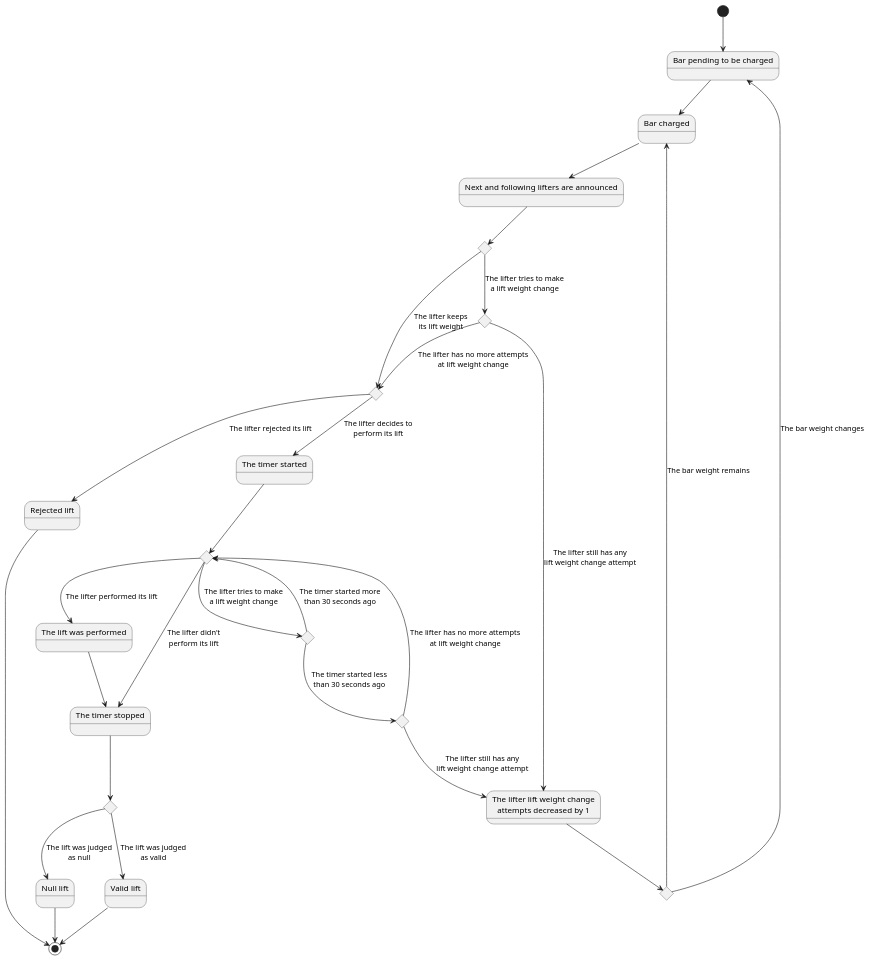
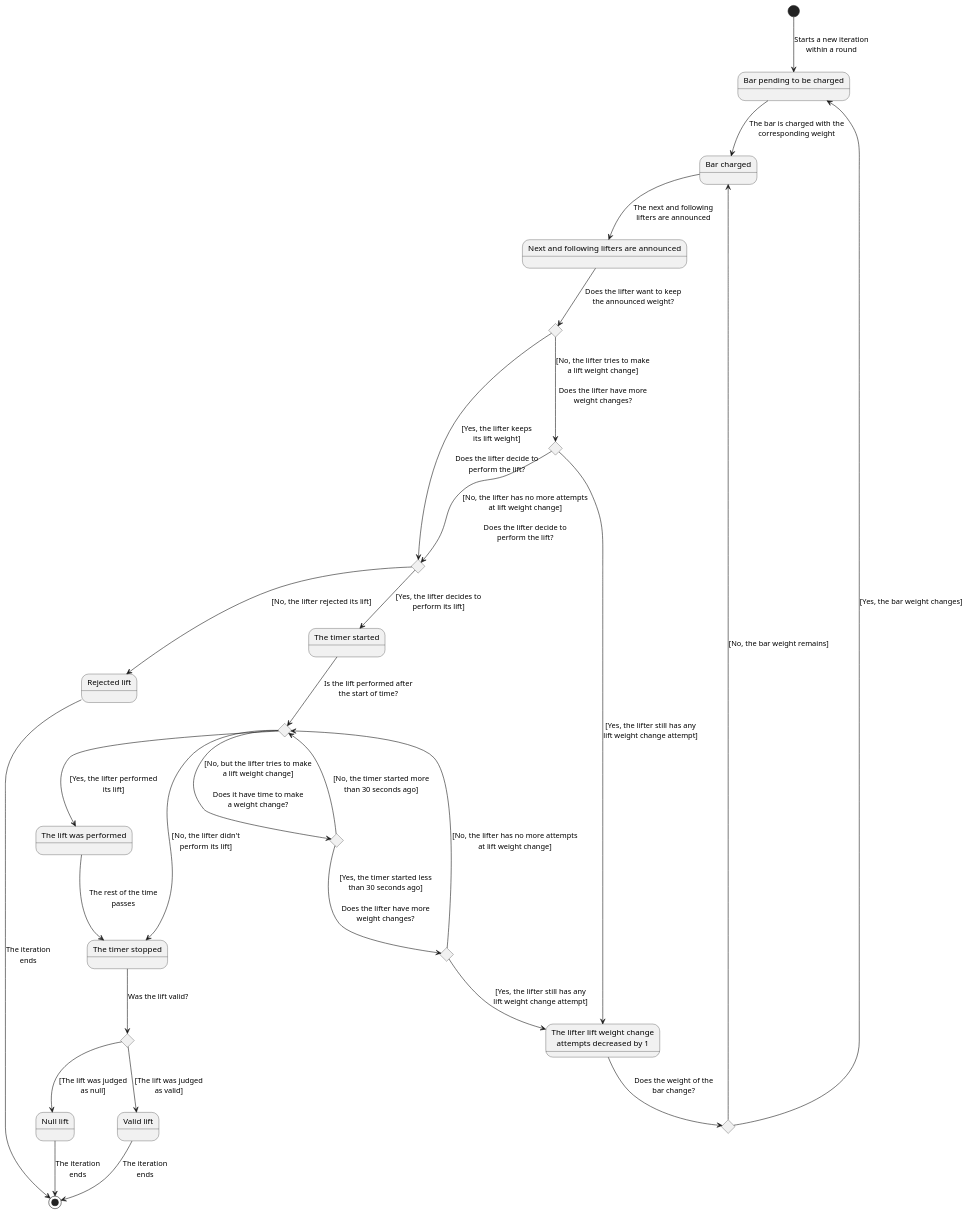
Before and after one commit to zuldare/mastercloud_pfm_halterocms: the diagram in diagrams/states/3-iterationStates.puml, drawn with PlantUML.

Commit message:
Improve the batch iterations states diagram

```diff
--- a/diagrams/states/3-iterationStates.puml
+++ b/diagrams/states/3-iterationStates.puml
@@ -1,88 +1,88 @@
 @startuml
 
 ''''''''''''''''''''''''''''''
 ''
 '' STATES AND CHOICES
 '' '' ''
 
 state "Bar pending to be charged" as BarPendingToBeCharged
 state "Bar charged" as ChargedBar 
 state "Next and following lifters are announced" as NextAndFollowingLiftersAnnounced
 
 state "Was there a change in the lift weight?" as ChangeInLiftWeightCHC <<choice>>
 state "Does the lifter have any lift weight change attempt?" as AnyChangeAttemptCHC <<choice>>
 
 state "The lifter lift weight change\nattempts decreased by 1" as AttemptsDecreased
 state "Does the bar weight remain?" as BarWeightRemainsCHC <<choice>>
 state "Does the lifter decide to perform its lift?" as IsLiftGoingToBeRejectedCHC <<choice>>
 
 state "The timer started" as TimerStarted
 state "Did the lifter perform its lift?" as WasLiftPerformedCHC <<choice>>
 state "Was there a change in the lift weight?" as ChangeInLiftWeightAfterTimerCHC <<choice>>
 state "Does the lifter have any lift weight change attempt?" as AnyChangeAttemptAfterTimerCHC <<choice>>
 
 state "The lift was performed" as LiftWasPerformed
 state "The timer stopped" as TimerStopped
 state "Rejected lift" as RejectedLift
 
 state "Was the lift valid?" as WasLiftValidCHC <<choice>>
 state "Valid lift" as ValidLift
 state "Null lift" as NullLift
 
 ''''''''''''''''''''''''''''''
 ''
 '' TRANSITIONS
 ''
 
-[*] --> BarPendingToBeCharged
+[*] --> BarPendingToBeCharged : Starts a new iteration\nwithin a round
 
-BarPendingToBeCharged --> ChargedBar
-ChargedBar --> NextAndFollowingLiftersAnnounced
+BarPendingToBeCharged --> ChargedBar : The bar is charged with the\ncorresponding weight
+ChargedBar --> NextAndFollowingLiftersAnnounced : The next and following\nlifters are announced
 
 ''
 '' When lifters are announced:
 ''
 
-NextAndFollowingLiftersAnnounced --> ChangeInLiftWeightCHC
-ChangeInLiftWeightCHC --> AnyChangeAttemptCHC : The lifter tries to make\na lift weight change
-AnyChangeAttemptCHC --> IsLiftGoingToBeRejectedCHC : The lifter has no more attempts\nat lift weight change
-AnyChangeAttemptCHC --> AttemptsDecreased : The lifter still has any\nlift weight change attempt
+NextAndFollowingLiftersAnnounced --> ChangeInLiftWeightCHC : Does the lifter want to keep\nthe announced weight?
+ChangeInLiftWeightCHC --> AnyChangeAttemptCHC : [No, the lifter tries to make\na lift weight change]\n\nDoes the lifter have more\nweight changes?
+AnyChangeAttemptCHC --> IsLiftGoingToBeRejectedCHC : [No, the lifter has no more attempts\nat lift weight change]\n\nDoes the lifter decide to\nperform the lift?
+AnyChangeAttemptCHC --> AttemptsDecreased : [Yes, the lifter still has any\nlift weight change attempt]
 
-AttemptsDecreased --> BarWeightRemainsCHC
-BarWeightRemainsCHC --> ChargedBar : The bar weight remains
-BarWeightRemainsCHC --> BarPendingToBeCharged : The bar weight changes
+AttemptsDecreased --> BarWeightRemainsCHC : Does the weight of the\nbar change?
+BarWeightRemainsCHC --> ChargedBar : [No, the bar weight remains]
+BarWeightRemainsCHC --> BarPendingToBeCharged : [Yes, the bar weight changes]
 
-ChangeInLiftWeightCHC --> IsLiftGoingToBeRejectedCHC : The lifter keeps\nits lift weight
-IsLiftGoingToBeRejectedCHC --> TimerStarted : The lifter decides to\nperform its lift
-IsLiftGoingToBeRejectedCHC --> RejectedLift : The lifter rejected its lift
-RejectedLift --> [*]
+ChangeInLiftWeightCHC --> IsLiftGoingToBeRejectedCHC : [Yes, the lifter keeps\nits lift weight]\n\nDoes the lifter decide to\nperform the lift?
+IsLiftGoingToBeRejectedCHC --> TimerStarted : [Yes, the lifter decides to\nperform its lift]
+IsLiftGoingToBeRejectedCHC --> RejectedLift : [No, the lifter rejected its lift]
+RejectedLift --> [*] : The iteration\nends
 
 ''
 '' When timer started:
 ''
 
-TimerStarted --> WasLiftPerformedCHC
-WasLiftPerformedCHC --> LiftWasPerformed : The lifter performed its lift
-WasLiftPerformedCHC --> TimerStopped : The lifter didn't\nperform its lift
-WasLiftPerformedCHC --> ChangeInLiftWeightAfterTimerCHC : The lifter tries to make\na lift weight change
+TimerStarted --> WasLiftPerformedCHC : Is the lift performed after\nthe start of time?
+WasLiftPerformedCHC --> LiftWasPerformed : [Yes, the lifter performed\nits lift]
+WasLiftPerformedCHC --> TimerStopped : [No, the lifter didn't\nperform its lift]
+WasLiftPerformedCHC --> ChangeInLiftWeightAfterTimerCHC : [No, but the lifter tries to make\na lift weight change]\n\nDoes it have time to make\na weight change?
 
-ChangeInLiftWeightAfterTimerCHC --> WasLiftPerformedCHC : The timer started more\nthan 30 seconds ago
-ChangeInLiftWeightAfterTimerCHC --> AnyChangeAttemptAfterTimerCHC : The timer started less\nthan 30 seconds ago
+ChangeInLiftWeightAfterTimerCHC --> WasLiftPerformedCHC : [No, the timer started more\nthan 30 seconds ago]
+ChangeInLiftWeightAfterTimerCHC --> AnyChangeAttemptAfterTimerCHC : [Yes, the timer started less\nthan 30 seconds ago]\n\nDoes the lifter have more\nweight changes?
 
-AnyChangeAttemptAfterTimerCHC --> WasLiftPerformedCHC : The lifter has no more attempts\nat lift weight change
-AnyChangeAttemptAfterTimerCHC --> AttemptsDecreased : The lifter still has any\nlift weight change attempt
+AnyChangeAttemptAfterTimerCHC --> WasLiftPerformedCHC : [No, the lifter has no more attempts\nat lift weight change]
+AnyChangeAttemptAfterTimerCHC --> AttemptsDecreased : [Yes, the lifter still has any\nlift weight change attempt]
 
-LiftWasPerformed --> TimerStopped
+LiftWasPerformed --> TimerStopped : The rest of the time\npasses
 
 ''
 '' When time is over:
 ''
 
-TimerStopped --> WasLiftValidCHC
-WasLiftValidCHC --> ValidLift : The lift was judged\nas valid
-WasLiftValidCHC --> NullLift : The lift was judged\nas null
+TimerStopped --> WasLiftValidCHC : Was the lift valid?
+WasLiftValidCHC --> ValidLift : [The lift was judged\nas valid]
+WasLiftValidCHC --> NullLift : [The lift was judged\nas null]
 
-ValidLift --> [*]
-NullLift --> [*]
+ValidLift --> [*] : The iteration\nends
+NullLift --> [*]: The iteration\nends
 
 @enduml
```
